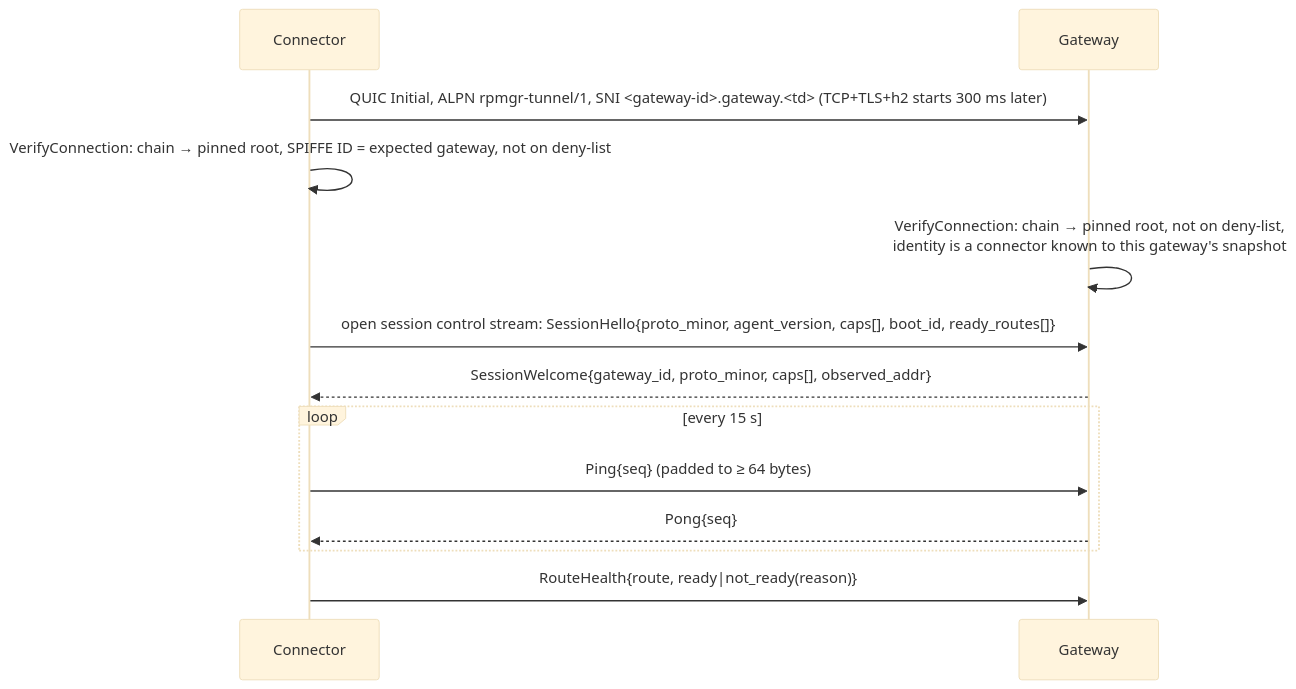
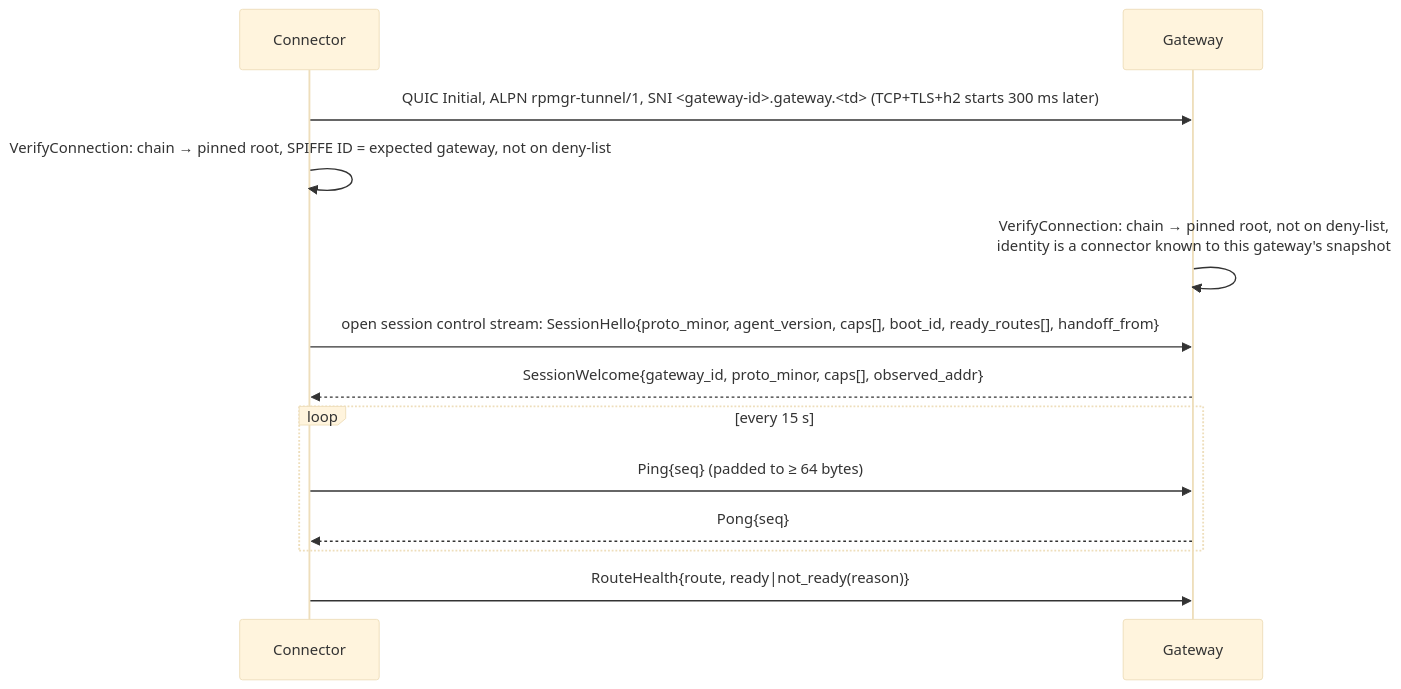
One commit to felix-homelab/rpmgr changed the third of 8 diagrams in docs/03-connections.md. Above: the diagram before and after it, drawn with Mermaid (base theme). The commit also changed other lines of this file and 16 other files, not shown here.

````diff
--- a/docs/03-connections.md
+++ b/docs/03-connections.md
@@ -517,15 +517,15 @@
 ```mermaid
 sequenceDiagram
   participant A as Connector
   participant G as Gateway
   A->>G: QUIC Initial, ALPN rpmgr-tunnel/1, SNI <gateway-id>.gateway.<td> (TCP+TLS+h2 starts 300 ms later)
   A->>A: VerifyConnection: chain → pinned root, SPIFFE ID = expected gateway, not on deny-list
   G->>G: VerifyConnection: chain → pinned root, not on deny-list,<br/>identity is a connector known to this gateway's snapshot
-  A->>G: open session control stream: SessionHello{proto_minor, agent_version, caps[], boot_id, ready_routes[]}
+  A->>G: open session control stream: SessionHello{proto_minor, agent_version, caps[], boot_id, ready_routes[], handoff_from}
   G-->>A: SessionWelcome{gateway_id, proto_minor, caps[], observed_addr}
   loop every 15 s
     A->>G: Ping{seq} (padded to ≥ 64 bytes)
     G-->>A: Pong{seq}
   end
   A->>G: RouteHealth{route, ready|not_ready(reason)}
 ```
````
